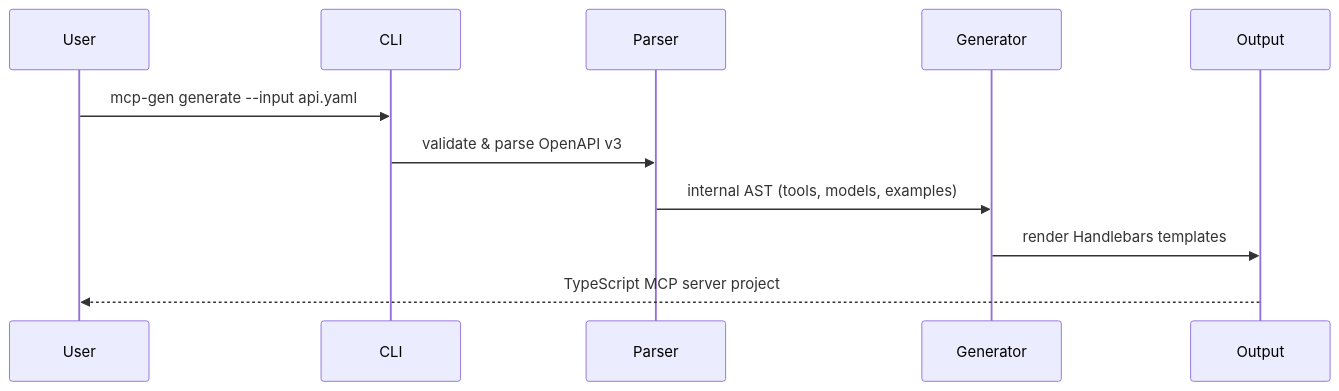
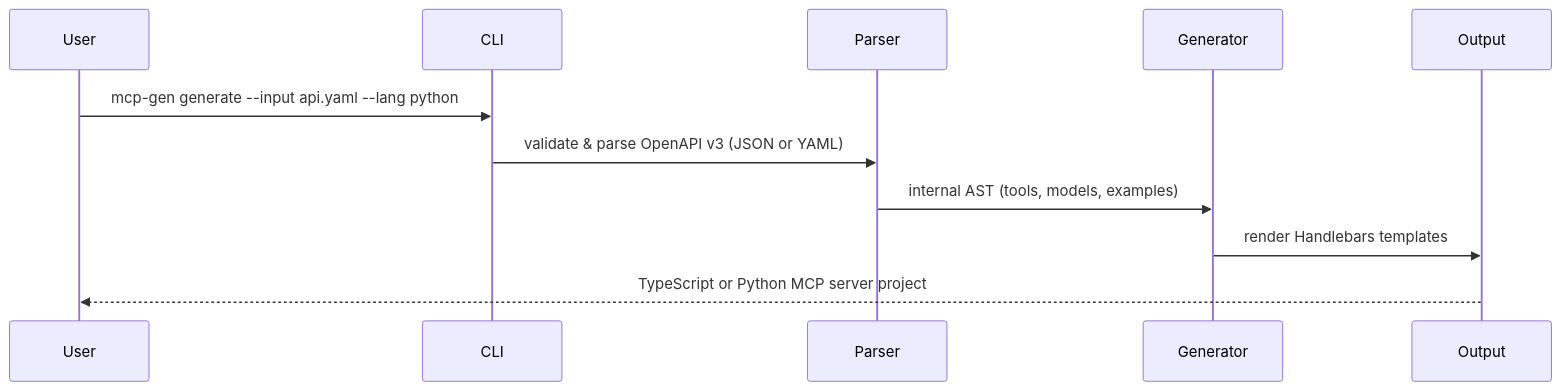
The diagram in README.md (ChristopherDond/MCP-Generator), drawn with Mermaid before and after one commit. The commit also changed other lines of this file, not shown here.

````diff
--- a/README.md
+++ b/README.md
@@ -25,14 +23,14 @@
 ```mermaid
 sequenceDiagram
     participant User
     participant CLI
     participant Parser
     participant Generator
     participant Output
 
-    User->>CLI: mcp-gen generate --input api.yaml
-    CLI->>Parser: validate & parse OpenAPI v3
+    User->>CLI: mcp-gen generate --input api.yaml --lang python
+    CLI->>Parser: validate & parse OpenAPI v3 (JSON or YAML)
     Parser->>Generator: internal AST (tools, models, examples)
     Generator->>Output: render Handlebars templates
-    Output-->>User: TypeScript MCP server project
+    Output-->>User: TypeScript or Python MCP server project
 ```
````
